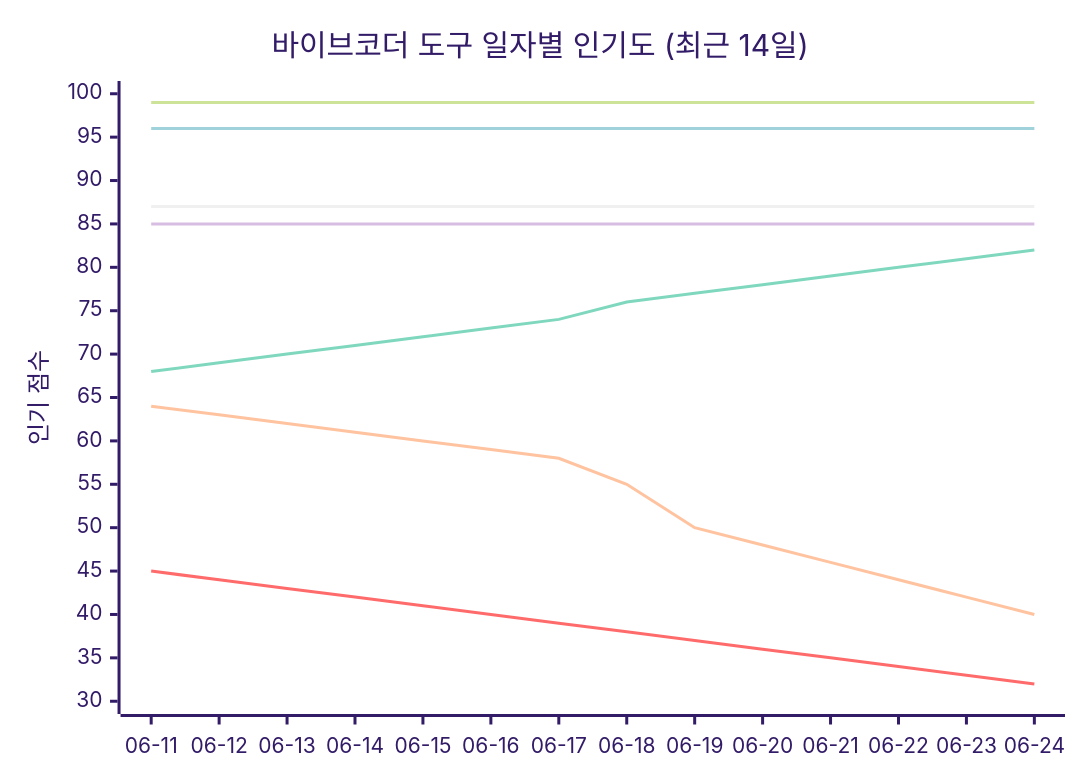
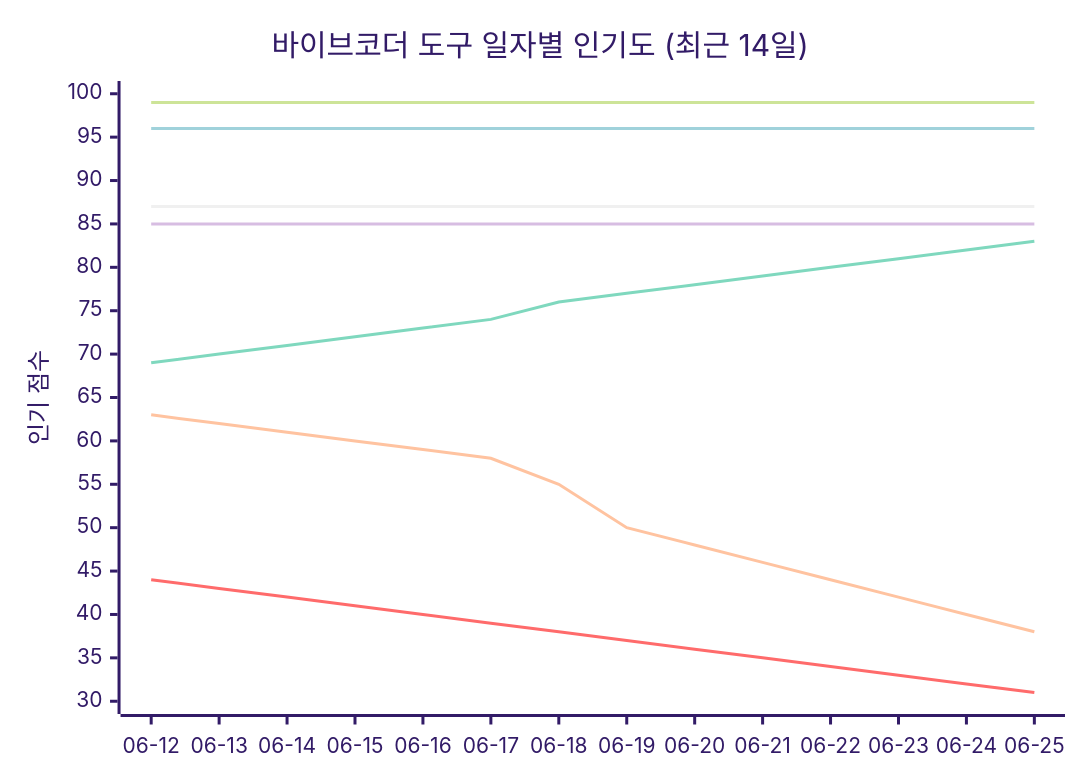
One commit to tykimos/ai-whatchelin changed the seventh of 11 diagrams in README_ko.md. Above: the diagram before and after it, drawn with Mermaid (forest theme). The commit also changed other lines of this file and 4 other files, not shown here.

````diff
--- a/README_ko.md
+++ b/README_ko.md
@@ -1687,13 +1693,13 @@
 ```mermaid
 xychart-beta
     title "바이브코더 도구 일자별 인기도 (최근 14일)"
-    x-axis ["06-11", "06-12", "06-13", "06-14", "06-15", "06-16", "06-17", "06-18", "06-19", "06-20", "06-21", "06-22", "06-23", "06-24"]
+    x-axis ["06-12", "06-13", "06-14", "06-15", "06-16", "06-17", "06-18", "06-19", "06-20", "06-21", "06-22", "06-23", "06-24", "06-25"]
     y-axis "인기 점수" 30 --> 100
     line "Claude Code" [99, 99, 99, 99, 99, 99, 99, 99, 99, 99, 99, 99, 99, 99]
-    line "GH Copilot" [45, 44, 43, 42, 41, 40, 39, 38, 37, 36, 35, 34, 33, 32]
+    line "GH Copilot" [44, 43, 42, 41, 40, 39, 38, 37, 36, 35, 34, 33, 32, 31]
     line "Cursor" [96, 96, 96, 96, 96, 96, 96, 96, 96, 96, 96, 96, 96, 96]
     line "Windsurf" [85, 85, 85, 85, 85, 85, 85, 85, 85, 85, 85, 85, 85, 85]
     line "Codex CLI" [87, 87, 87, 87, 87, 87, 87, 87, 87, 87, 87, 87, 87, 87]
-    line "Gemini CLI" [64, 63, 62, 61, 60, 59, 58, 55, 50, 48, 46, 44, 42, 40]
-    line "Antigravity" [68, 69, 70, 71, 72, 73, 74, 76, 77, 78, 79, 80, 81, 82]
+    line "Gemini CLI" [63, 62, 61, 60, 59, 58, 55, 50, 48, 46, 44, 42, 40, 38]
+    line "Antigravity" [69, 70, 71, 72, 73, 74, 76, 77, 78, 79, 80, 81, 82, 83]
 ```
````
